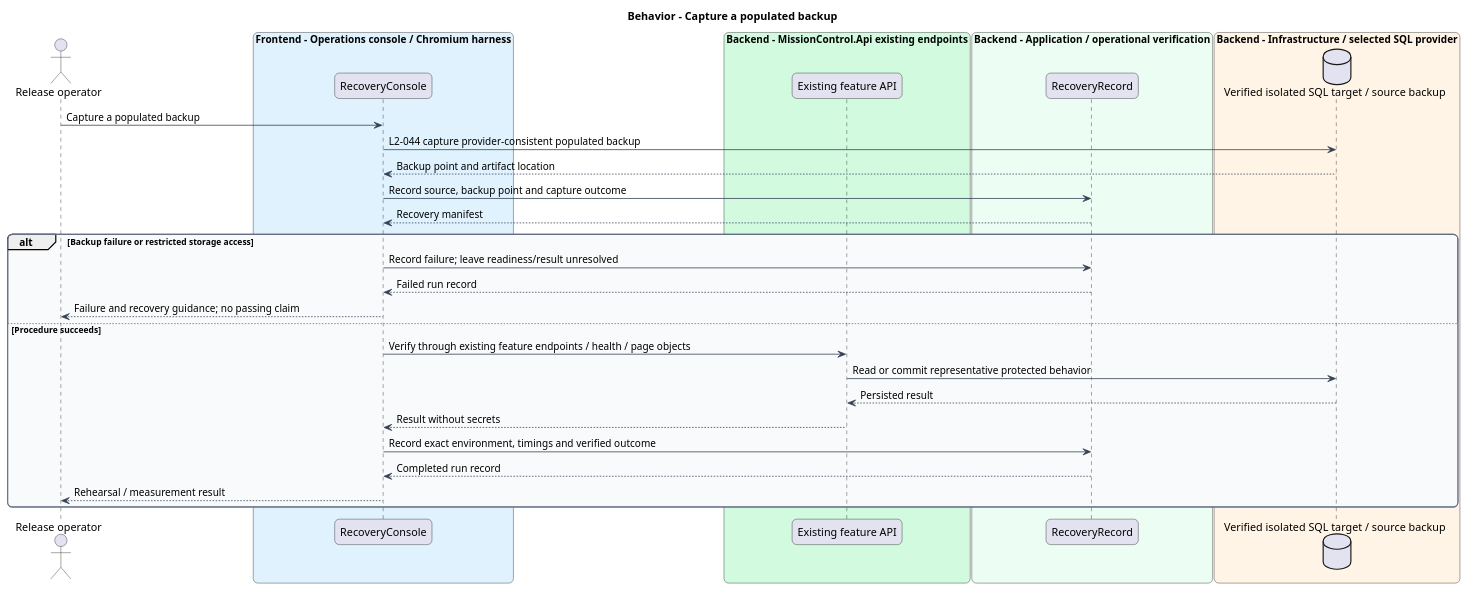
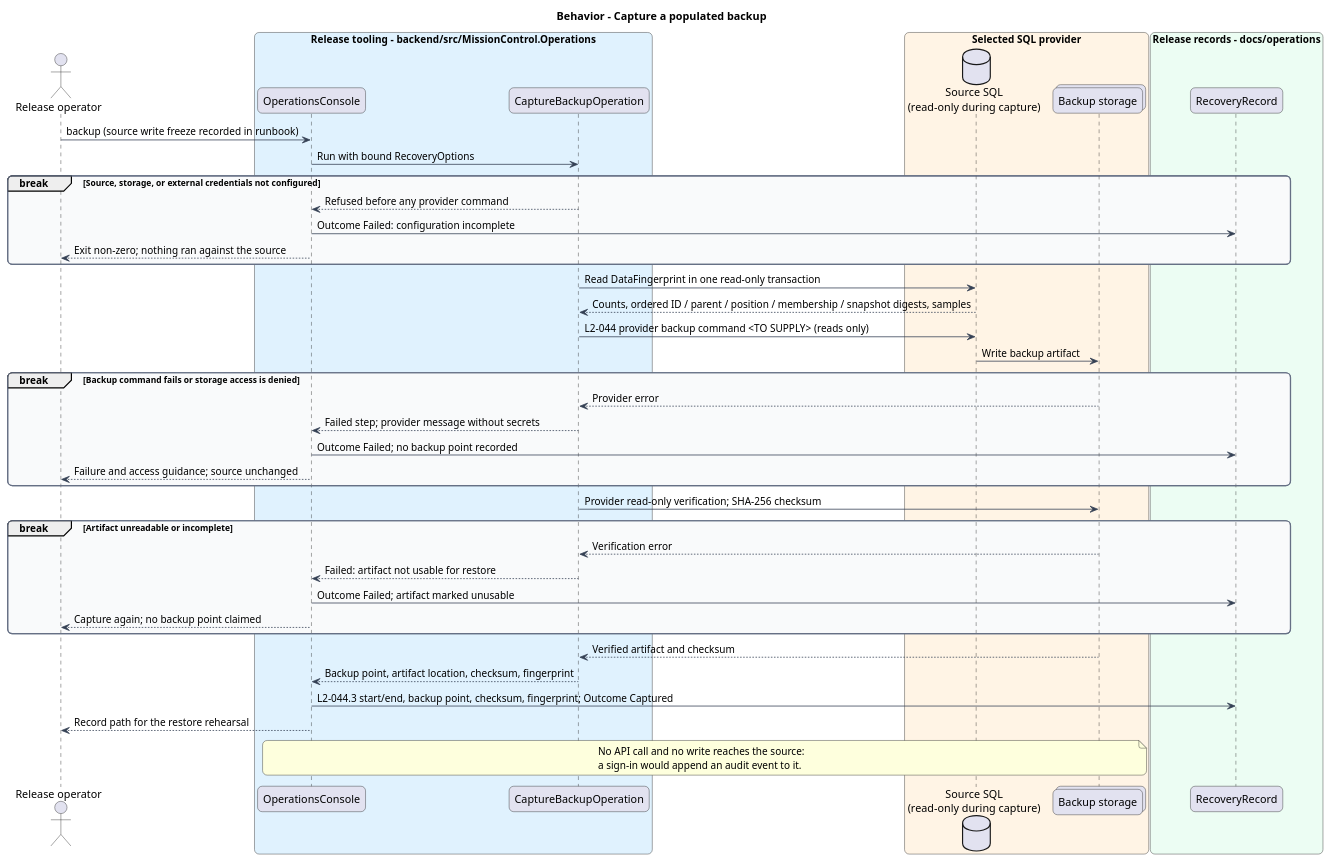
The diagram in docs/detailed-designs/operations/restore-data/diagrams/sequence-backup.puml (QuinntyneBrown/mission-control), drawn with PlantUML before and after one commit. The commit also changed 334 other files, not shown here.

```diff
--- a/docs/detailed-designs/operations/restore-data/diagrams/sequence-backup.puml
+++ b/docs/detailed-designs/operations/restore-data/diagrams/sequence-backup.puml
@@ -1,48 +1,61 @@
 @startuml
 skinparam backgroundColor #FFFFFF
 skinparam shadowing false
 skinparam roundcorner 12
 skinparam defaultFontName Arial
 skinparam ArrowColor #344054
 skinparam rectangle {
   BorderColor #344054
   FontColor #101828
 }
 skinparam package {
   BorderColor #667085
   FontColor #101828
   BackgroundColor #F9FAFB
 }
 title Behavior - Capture a populated backup
 actor "Release operator" as actor
-box "Frontend - Operations console / Chromium harness" #E0F2FE
-  participant "RecoveryConsole" as handler
+box "Release tooling - backend/src/MissionControl.Operations" #E0F2FE
+  participant "OperationsConsole" as console
+  participant "CaptureBackupOperation" as capture
 end box
-box "Backend - MissionControl.Api existing endpoints" #D1FADF
-  participant "Existing feature API" as api
+box "Selected SQL provider" #FFF4E5
+  database "Source SQL\n(read-only during capture)" as source
+  collections "Backup storage" as storage
 end box
-box "Backend - Application / operational verification" #ECFDF3
-  participant "RecoveryRecord" as entity
+box "Release records - docs/operations" #ECFDF3
+  participant "RecoveryRecord" as record
 end box
-box "Backend - Infrastructure / selected SQL provider" #FFF4E5
-  database "Verified isolated SQL target / source backup" as db
-end box
-actor -> handler : Capture a populated backup
-  handler -> db : L2-044 capture provider-consistent populated backup
-  db --> handler : Backup point and artifact location
-  handler -> entity : Record source, backup point and capture outcome
-  entity --> handler : Recovery manifest
-alt Backup failure or restricted storage access
-  handler -> entity : Record failure; leave readiness/result unresolved
-  entity --> handler : Failed run record
-  handler --> actor : Failure and recovery guidance; no passing claim
-else Procedure succeeds
-  handler -> api : Verify through existing feature endpoints / health / page objects
-  api -> db : Read or commit representative protected behavior
-  db --> api : Persisted result
-  api --> handler : Result without secrets
-  handler -> entity : Record exact environment, timings and verified outcome
-  entity --> handler : Completed run record
-  handler --> actor : Rehearsal / measurement result
+actor -> console : backup (source write freeze recorded in runbook)
+console -> capture : Run with bound RecoveryOptions
+break Source, storage, or external credentials not configured
+  capture --> console : Refused before any provider command
+  console -> record : Outcome Failed: configuration incomplete
+  console --> actor : Exit non-zero; nothing ran against the source
 end
+capture -> source : Read DataFingerprint in one read-only transaction
+source --> capture : Counts, ordered ID / parent / position / membership / snapshot digests, samples
+capture -> source : L2-044 provider backup command <TO SUPPLY> (reads only)
+source -> storage : Write backup artifact
+break Backup command fails or storage access is denied
+  storage --> capture : Provider error
+  capture --> console : Failed step; provider message without secrets
+  console -> record : Outcome Failed; no backup point recorded
+  console --> actor : Failure and access guidance; source unchanged
+end
+capture -> storage : Provider read-only verification; SHA-256 checksum
+break Artifact unreadable or incomplete
+  storage --> capture : Verification error
+  capture --> console : Failed: artifact not usable for restore
+  console -> record : Outcome Failed; artifact marked unusable
+  console --> actor : Capture again; no backup point claimed
+end
+storage --> capture : Verified artifact and checksum
+capture --> console : Backup point, artifact location, checksum, fingerprint
+console -> record : L2-044.3 start/end, backup point, checksum, fingerprint; Outcome Captured
+console --> actor : Record path for the restore rehearsal
+note over console, storage
+No API call and no write reaches the source:
+a sign-in would append an audit event to it.
+end note
 @enduml
```
